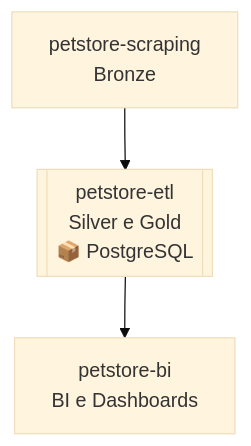
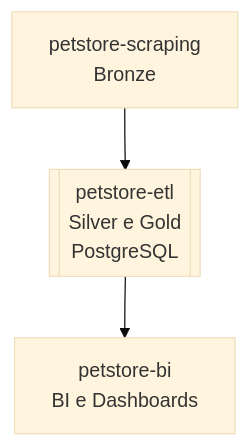
One commit to rafa-trindade/petstore-etl changed the diagram in README.md. Above: the diagram before and after it, drawn with Mermaid (base theme).

````diff
--- a/README.md
+++ b/README.md
@@ -32,5 +32,5 @@
 ```mermaid
 graph TD
-    A[petstore-scraping<br>Bronze] --> B[[petstore-etl<br>Silver e Gold<br>📦 PostgreSQL]]
+    A[petstore-scraping<br>Bronze] --> B[[petstore-etl<br>Silver e Gold<br>PostgreSQL]]
     B --> C[petstore-bi<br>BI e Dashboards]
 ```
````
